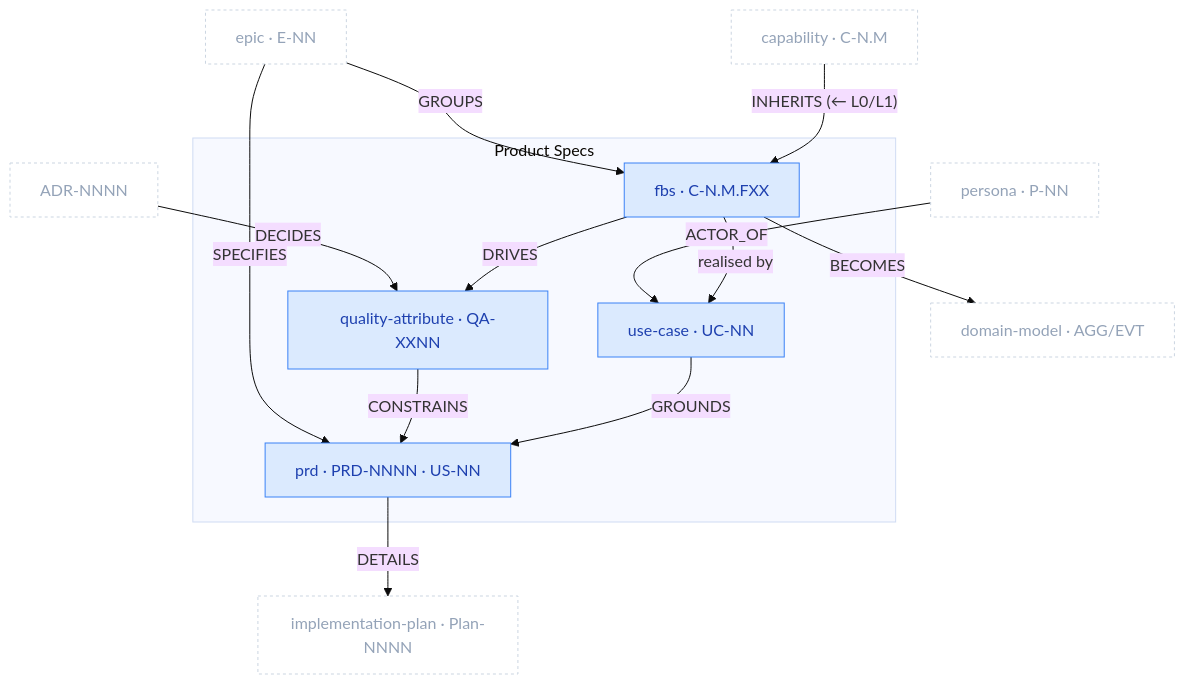
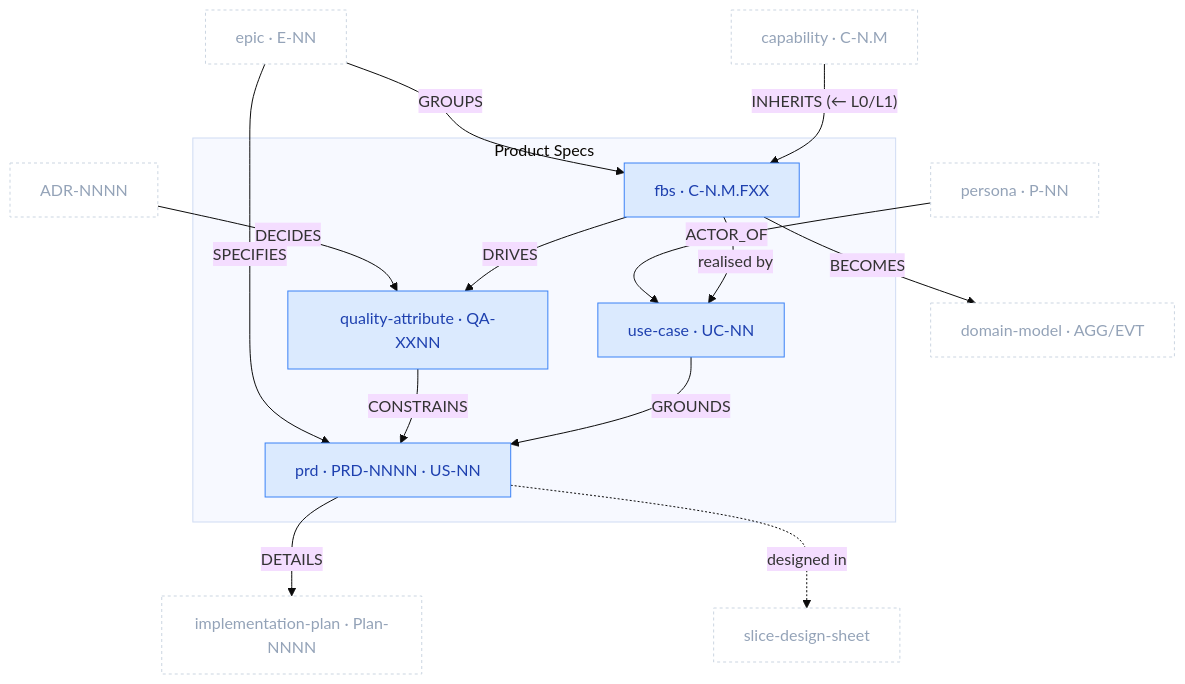
One commit to VictorHueni/clew changed the diagram in docs/metamodel/packages/product-specs.md. Above: the diagram before and after it, drawn with Mermaid (base theme). The commit also changed other lines of this file and 3 other files, not shown here.

First line of the commit message:
docs(metamodel): add the Slice Design Sheet to the Planning package (#6)

````diff
--- a/docs/metamodel/packages/product-specs.md
+++ b/docs/metamodel/packages/product-specs.md
@@ -26,32 +26,34 @@
 ```mermaid
 flowchart TD
     classDef spec fill:#DBEAFE,stroke:#3B82F6,color:#1E40AF
     classDef ext  fill:#ffffff,stroke:#cbd5e1,color:#94a3b8,stroke-dasharray:3 3
 
     CAP["capability · C-N.M"]:::ext
     P["persona · P-NN"]:::ext
     ADR["ADR-NNNN"]:::ext
     DM["domain-model · AGG/EVT"]:::ext
     EPIC["epic · E-NN"]:::ext
     IPLAN["implementation-plan · Plan-NNNN"]:::ext
+    SDS["slice-design-sheet"]:::ext
 
     subgraph PS["Product Specs"]
         FBS["fbs · C-N.M.FXX"]:::spec
         QA["quality-attribute · QA-XXNN"]:::spec
         UC["use-case · UC-NN"]:::spec
         PRD["prd · PRD-NNNN · US-NN"]:::spec
     end
 
     FBS -->|"realised by"| UC
     FBS -->|"DRIVES"| QA
     UC -->|"GROUNDS"| PRD
     QA -->|"CONSTRAINS"| PRD
 
     CAP -->|"INHERITS (← L0/L1)"| FBS
     P -->|"ACTOR_OF"| UC
     ADR -->|"DECIDES"| QA
     FBS -->|"BECOMES"| DM
     EPIC -->|"GROUPS"| FBS
     EPIC -->|"SPECIFIES"| PRD
     PRD -->|"DETAILS"| IPLAN
+    PRD -.->|"designed in"| SDS
 ```
````
